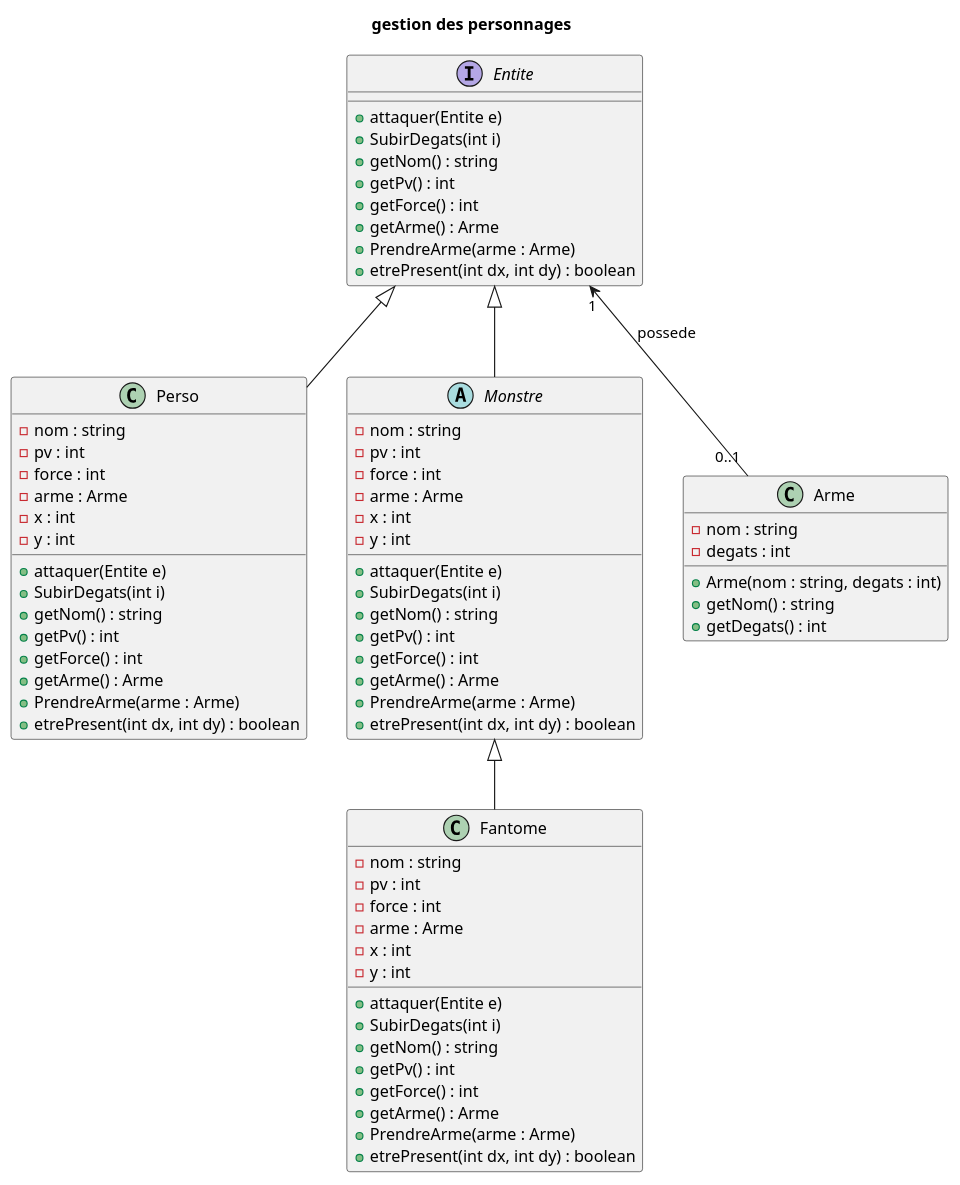
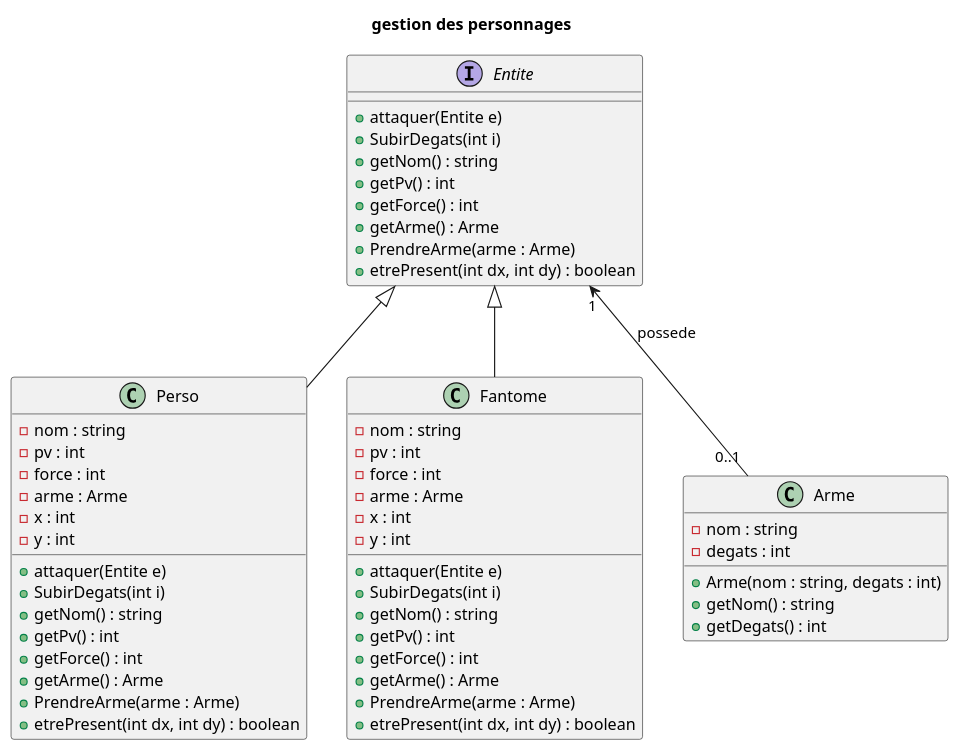
Before and after one commit to Baloo54/Zeldiablo_Comte_Fuchs_Andre_Mathieu: the third of 5 diagrams in documents/itération1/itération1.puml, drawn with PlantUML. The commit also changed other lines of this file and 5 other files, not shown here.

```diff
--- a/documents/itération1/itération1.puml
+++ b/documents/itération1/itération1.puml
@@ -66,84 +66,66 @@
 @startuml diagrameEntite
 title gestion des personnages
 Interface Entite {
     +attaquer(Entite e)
     +SubirDegats(int i)
     +getNom() : string
     +getPv() : int
     +getForce() : int
     +getArme() : Arme
     +PrendreArme(arme : Arme)
     +etrePresent(int dx, int dy) : boolean
 }
 
 class Perso {
     - nom : string
     - pv : int
     - force : int
     - arme : Arme
     - x : int
     - y : int
 
     +attaquer(Entite e)
     +SubirDegats(int i)
     +getNom() : string
     +getPv() : int
     +getForce() : int
     +getArme() : Arme
     +PrendreArme(arme : Arme)
     +etrePresent(int dx, int dy) : boolean
 
 }
 
-abstract class Monstre {
-    - nom : string
-    - pv : int
-    - force : int
-    - arme : Arme
-    - x : int
-    - y : int
-
-    +attaquer(Entite e)
-    +SubirDegats(int i)
-    +getNom() : string
-    +getPv() : int
-    +getForce() : int
-    +getArme() : Arme
-    +PrendreArme(arme : Arme)
-    +etrePresent(int dx, int dy) : boolean
-}
 
 class Fantome {
     - nom : string
     - pv : int
     - force : int
     - arme : Arme
     - x : int
     - y : int
 
     +attaquer(Entite e)
     +SubirDegats(int i)
     +getNom() : string
     +getPv() : int
     +getForce() : int
     +getArme() : Arme
     +PrendreArme(arme : Arme)
     +etrePresent(int dx, int dy) : boolean
 }
 
 
 class Arme {
     - nom : string
     - degats : int
 
     +Arme(nom : string, degats : int)
     +getNom() : string
     +getDegats() : int
 }
 
 Entite <|-- Perso
-Entite <|-- Monstre
-Monstre <|-- Fantome
+Entite <|-- Fantome
 Entite "1" <-- "0..1" Arme : possede
 
 @enduml
```
